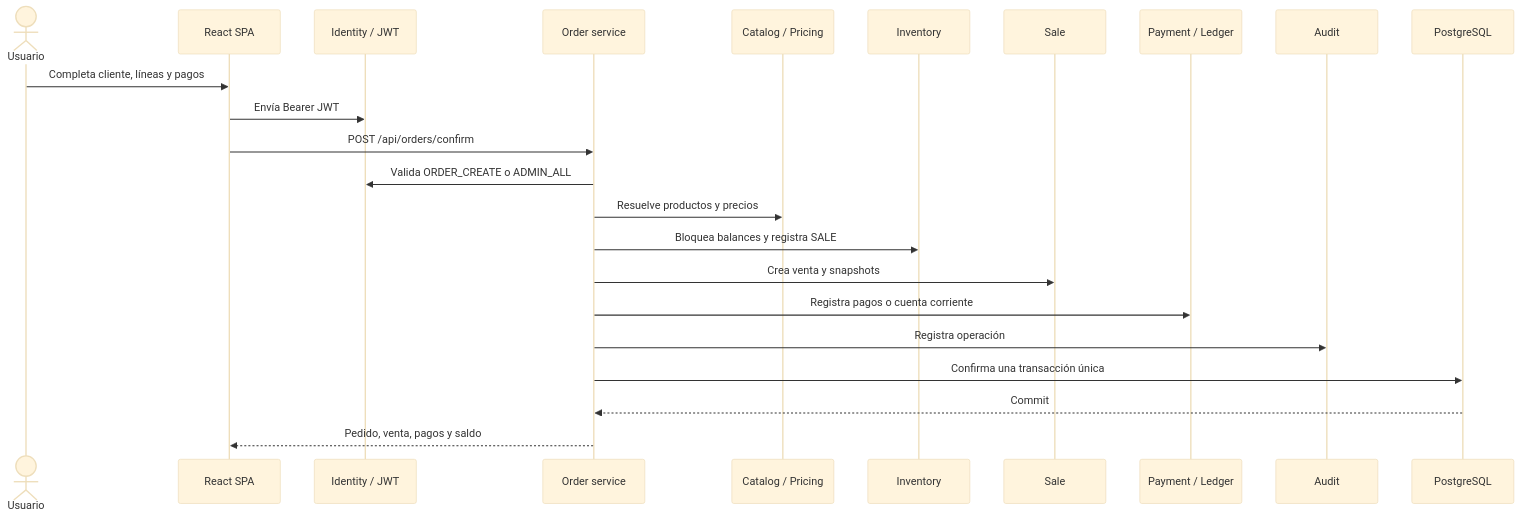
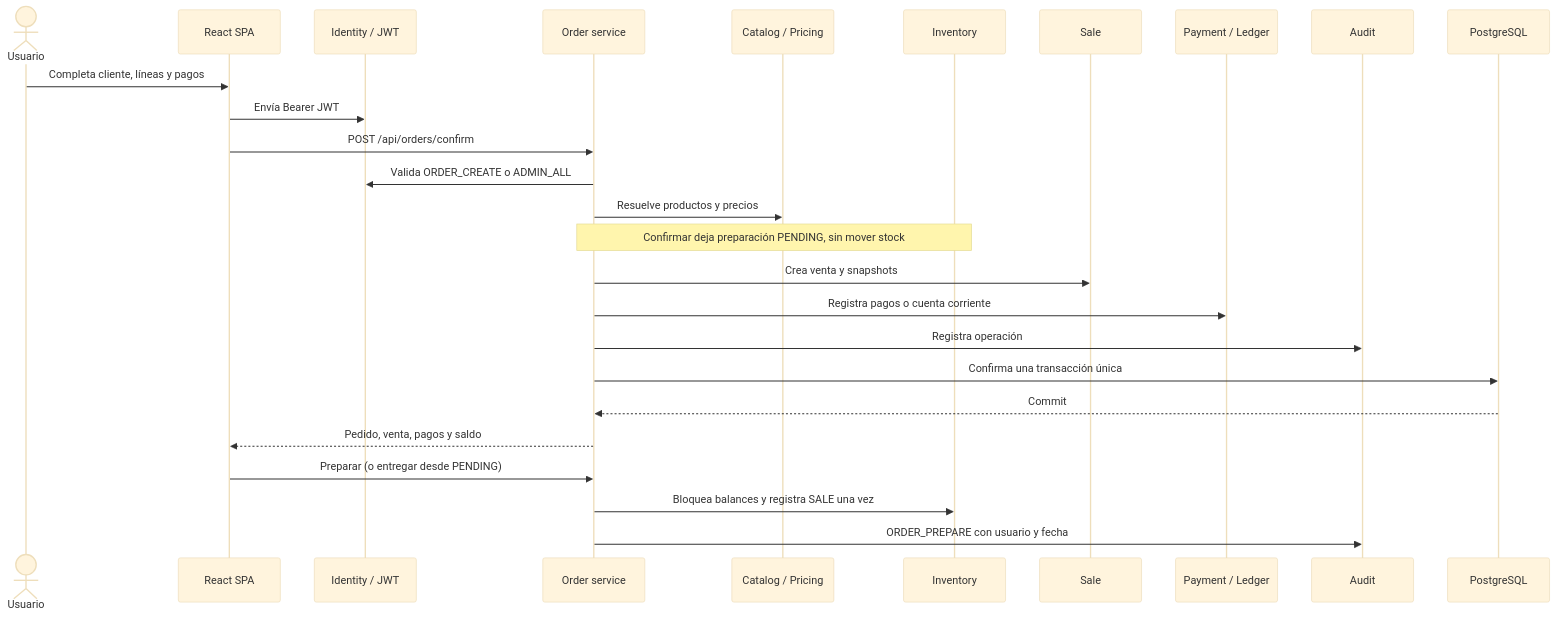
One commit to Martinrc93/distribuidoraCore changed the third of 7 diagrams in docs/architecture/current-state.md. Above: the diagram before and after it, drawn with Mermaid (base theme). The commit also changed 46 other files, not shown here.

````diff
--- a/docs/architecture/current-state.md
+++ b/docs/architecture/current-state.md
@@ -73,26 +73,29 @@
 ```mermaid
 sequenceDiagram
     actor User as Usuario
     participant UI as React SPA
     participant Auth as Identity / JWT
     participant Order as Order service
     participant Catalog as Catalog / Pricing
     participant Stock as Inventory
     participant Sale as Sale
     participant Payment as Payment / Ledger
     participant Audit as Audit
     participant DB as PostgreSQL
 
     User->>UI: Completa cliente, líneas y pagos
     UI->>Auth: Envía Bearer JWT
     UI->>Order: POST /api/orders/confirm
     Order->>Auth: Valida ORDER_CREATE o ADMIN_ALL
     Order->>Catalog: Resuelve productos y precios
-    Order->>Stock: Bloquea balances y registra SALE
+    Note over Order,Stock: Confirmar deja preparación PENDING, sin mover stock
     Order->>Sale: Crea venta y snapshots
     Order->>Payment: Registra pagos o cuenta corriente
     Order->>Audit: Registra operación
     Order->>DB: Confirma una transacción única
     DB-->>Order: Commit
     Order-->>UI: Pedido, venta, pagos y saldo
+    UI->>Order: Preparar (o entregar desde PENDING)
+    Order->>Stock: Bloquea balances y registra SALE una vez
+    Order->>Audit: ORDER_PREPARE con usuario y fecha
 ```
````
